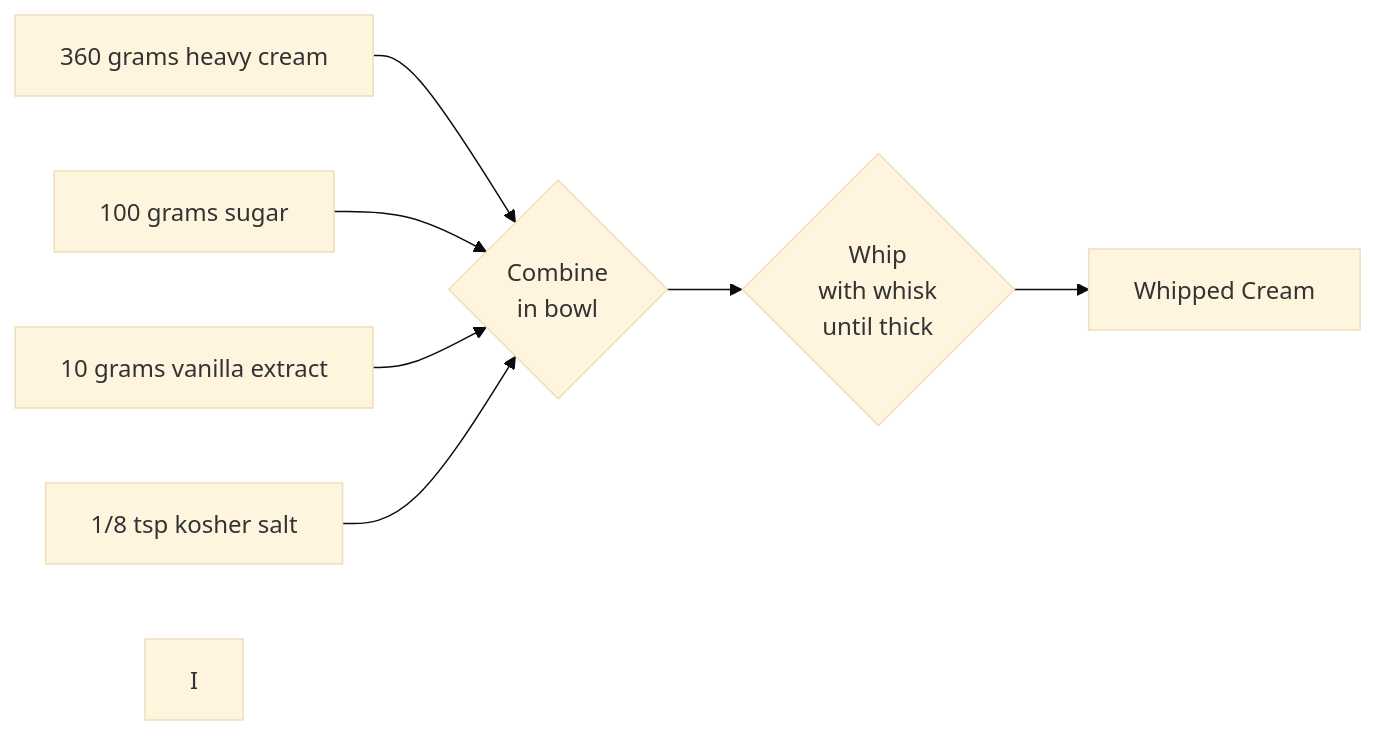
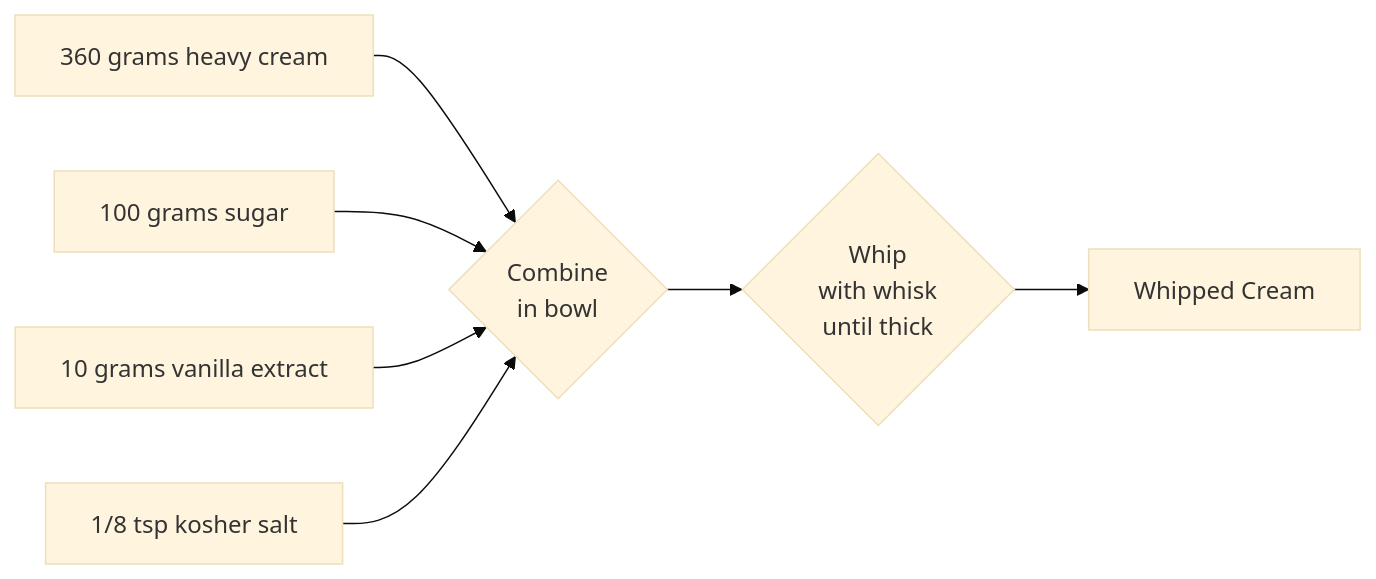
The first of 3 diagrams in README.md (vincentl/aquilo), drawn with Mermaid before and after one commit.

Commit message:
minor README edit

````diff
--- a/README.md
+++ b/README.md
@@ -12,28 +12,27 @@
 ```mermaid
 %%{
   init: {
     'theme': 'base',
     'themeVariables': {
       'fontFamily': 'monospace'
     }
   }
 }%%
 flowchart LR
   HC[360 grams heavy cream]
   S[100 grams sugar]
   V[10 grams vanilla extract]
   KS[1/8 tsp kosher salt]
   C{"Combine
 in bowl"}
   W{"Whip
 with whisk
 until thick"}
   T[Whipped Cream]
   HC --> C;
   S --> C;
   V --> C;
   KS --> C;
   C --> W;
   W --> T;
-  style I text-align:left
 ```
````
